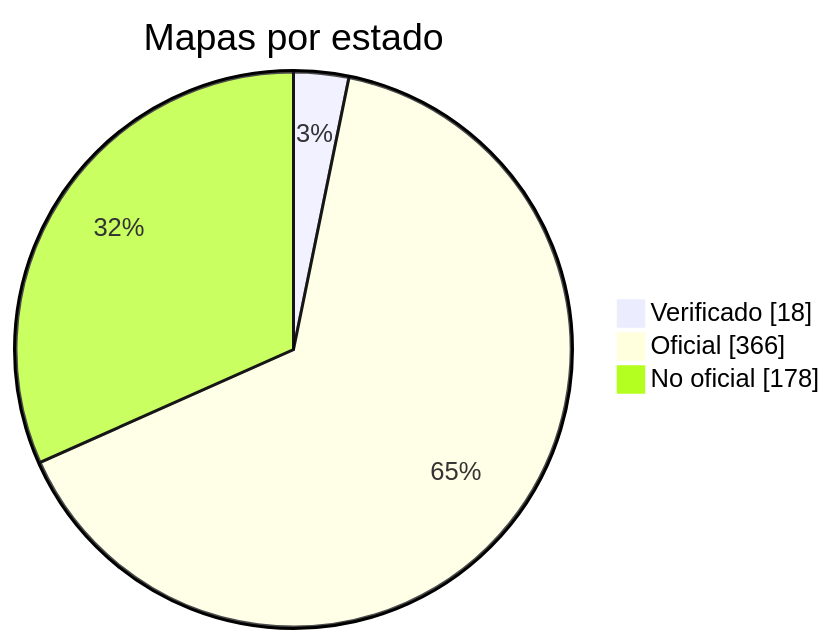
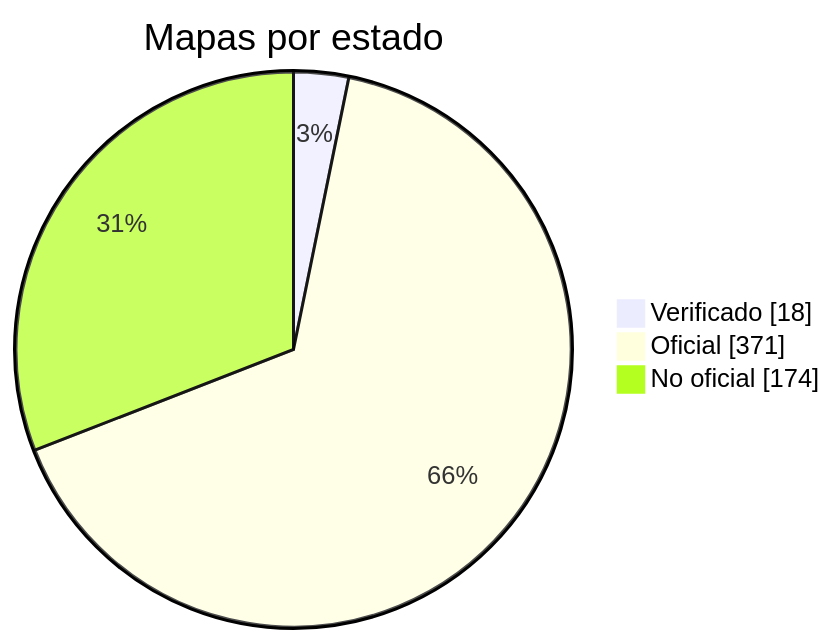
The diagram in docs/readme/README_ES.md (nobrega8/mbmap-library), drawn with Mermaid before and after one commit. The commit also changed 10 other files, not shown here.

````diff
--- a/docs/readme/README_ES.md
+++ b/docs/readme/README_ES.md
@@ -54,7 +54,7 @@
 ```mermaid
 pie showData
     title Mapas por estado
     "Verificado" : 18
-    "Oficial" : 366
-    "No oficial" : 178
+    "Oficial" : 371
+    "No oficial" : 174
 ```
````
